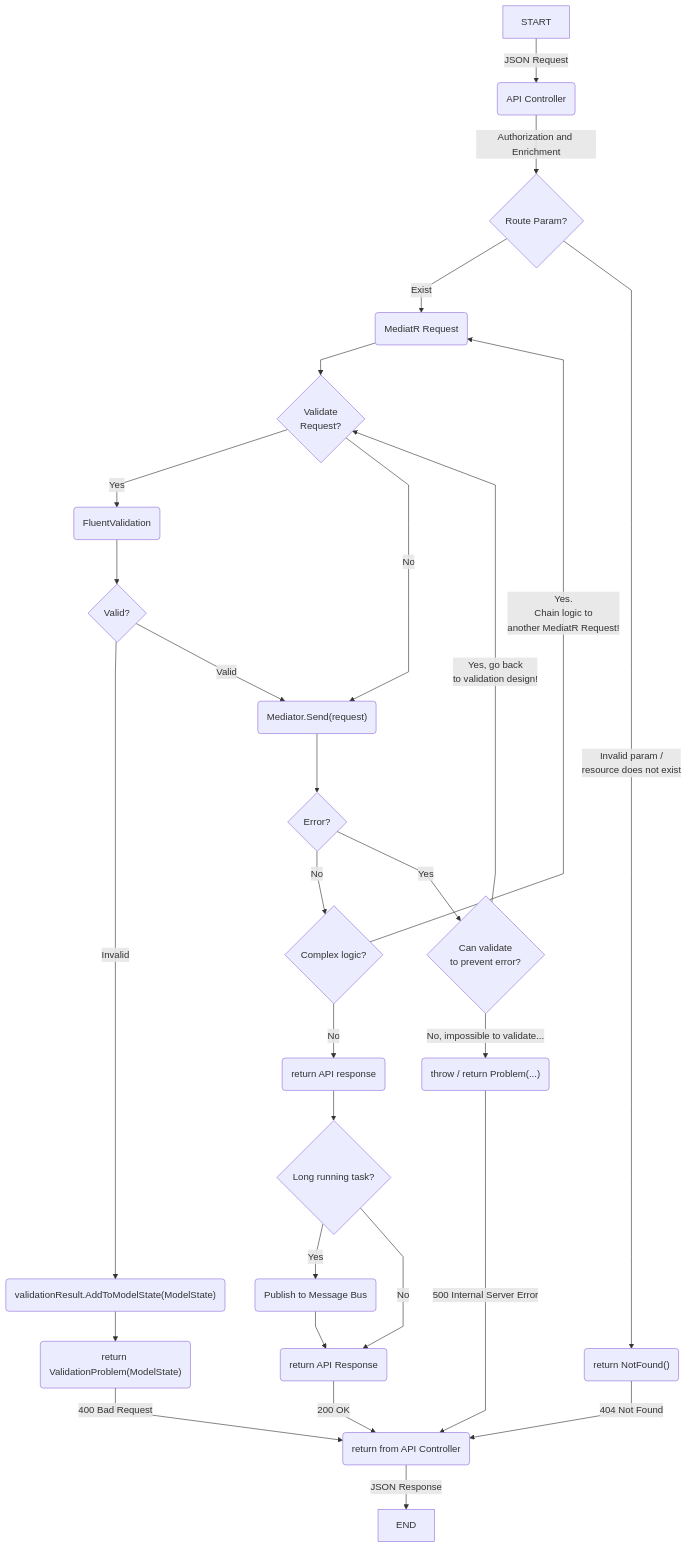
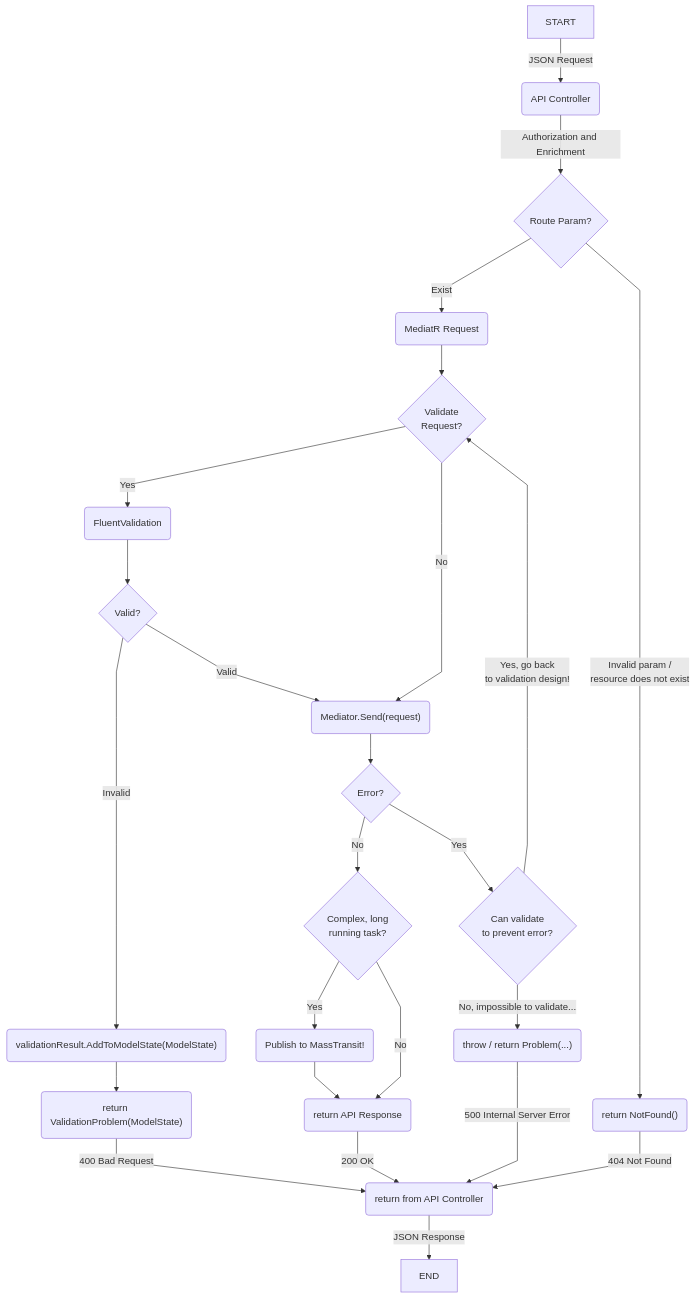
The diagram in README.md (accelist/Accelist.WebApiStandard), drawn with Mermaid before and after one commit.

````diff
--- a/README.md
+++ b/README.md
@@ -68,31 +68,28 @@
 ```mermaid
 %%{init: {'flowchart' : {'curve' : 'linear'}}}%%
 graph TD
     START --> |JSON Request| A(API Controller)
     A --> |Authorization and Enrichment| R{Route Param?}
     R --> |Exist| B(MediatR Request)
     R --> |Invalid param / <br/> resource does not exist| R404("return NotFound()")
     R404 --> |404 Not Found| BACK
     B --> C{Validate<br/>Request?}
     C --> |Yes| D1(FluentValidation)
     C --> |No| F2
     D1 --> E{Valid?}
     E --> |Invalid| F400("validationResult.AddToModelState(ModelState)")
     E --> |Valid| F2
     F400 --> G400("return ValidationProblem(ModelState)")
     G400 --> |400 Bad Request| BACK
     F2("Mediator.Send(request)") --> G{Error?}
-    G --> |No| H{Complex logic?}
+    G --> |No| H{Complex, long<br/>running task?}
     G --> |Yes| H500{Can validate<br/>to prevent error?}
-    H --> |Yes.<br/>Chain logic to<br/>another MediatR Request!| B
-    H --> |No|I200(return API response)
-    I200 --> J200{Long running task?}
-    J200 --> |Yes| KRabbit("Publish to Message Bus")
+    H --> |Yes| KRabbit("Publish to MassTransit!")
     KRabbit --> L200
-    J200 --> |No| L200
+    H --> |No| L200
     L200("return API Response") --> |200 OK|BACK
     H500 --> |Yes, go back <br/> to validation design!|C
     H500 --> |No, impossible to validate...|I500("throw / return Problem(...)")
     I500 --> |500 Internal Server Error| BACK
     BACK(return from API Controller) --> |JSON Response| END
 ```
````
